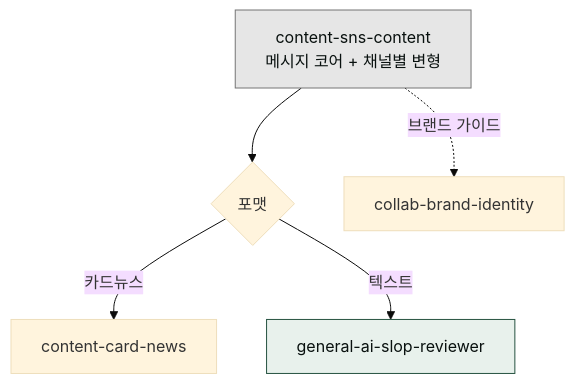
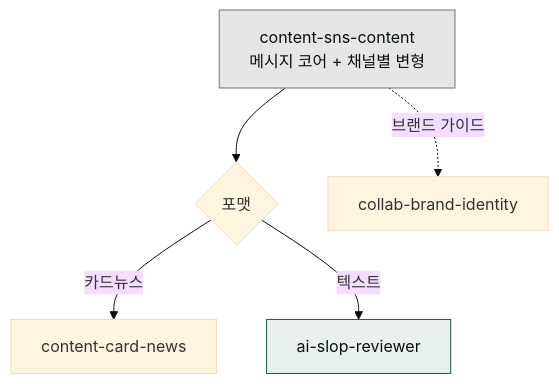
One commit to modu-ai/cowork-plugins changed the diagram in www/content/cookbook/guides/social-media.md. Above: the diagram before and after it, drawn with Mermaid (base theme). The commit also changed other lines of this file and 270 other files, not shown here.

````diff
--- a/www/content/cookbook/guides/social-media.md
+++ b/www/content/cookbook/guides/social-media.md
@@ -9,10 +9,10 @@
 ```mermaid
 flowchart TD
    A["content-sns-content<br/>메시지 코어 + 채널별 변형"] --> C{"포맷"}
    C -- "카드뉴스" --> D["content-card-news"]
-   C -- "텍스트" --> E["general-ai-slop-reviewer"]
+   C -- "텍스트" --> E["ai-slop-reviewer"]
    A -. "브랜드 가이드" .-> F["collab-brand-identity"]
 
    style A fill:#e6e6e6,stroke:#757575,color:#09110f
    style E fill:#e8f1ec,stroke:#265240,color:#09110f
 ```
````
